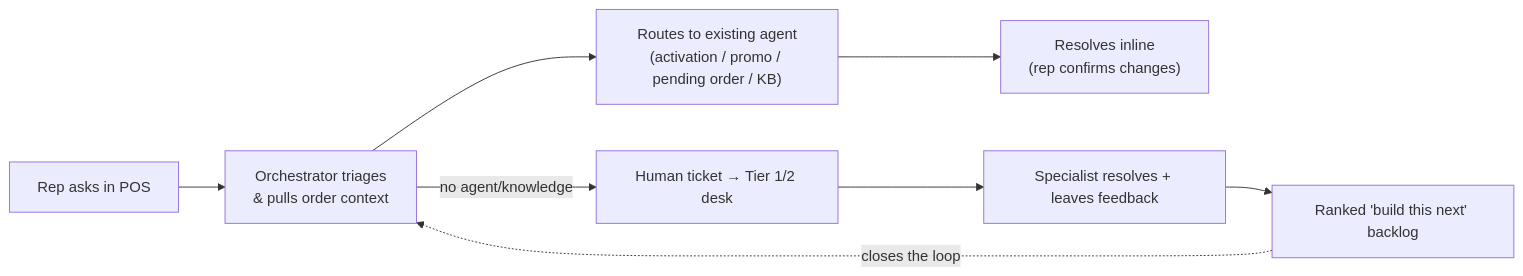
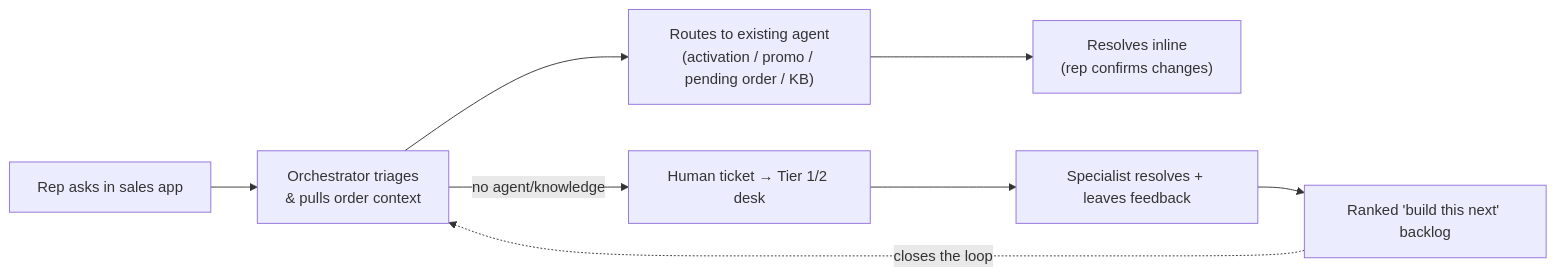
One commit to gmilhon/RepAssist changed the diagram in docs/00-executive-summary.md. Above: the diagram before and after it, drawn with Mermaid. The commit also changed other lines of this file and 8 other files, not shown here.

````diff
--- a/docs/00-executive-summary.md
+++ b/docs/00-executive-summary.md
@@ -29,10 +36,10 @@
 ```mermaid
 flowchart LR
-    A["Rep asks in POS"] --> B["Orchestrator triages<br/>& pulls order context"]
+    A["Rep asks in sales app"] --> B["Orchestrator triages<br/>& pulls order context"]
     B --> C["Routes to existing agent<br/>(activation / promo / pending order / KB)"]
     C --> D["Resolves inline<br/>(rep confirms changes)"]
     B -->|no agent/knowledge| E["Human ticket → Tier 1/2 desk"]
     E --> F["Specialist resolves + leaves feedback"]
     F --> G["Ranked 'build this next' backlog"]
     G -.->|closes the loop| B
 ```
````
